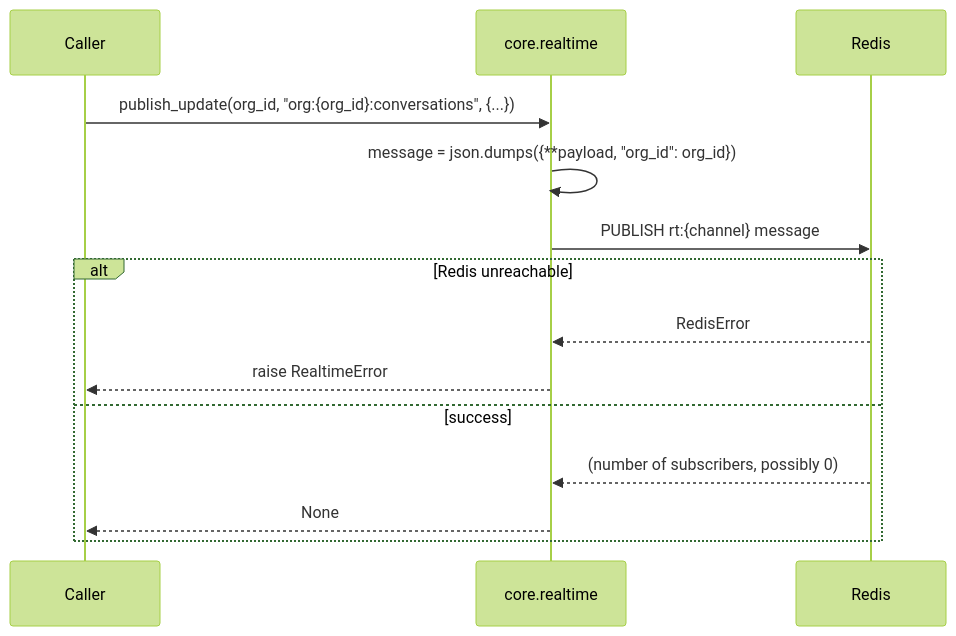
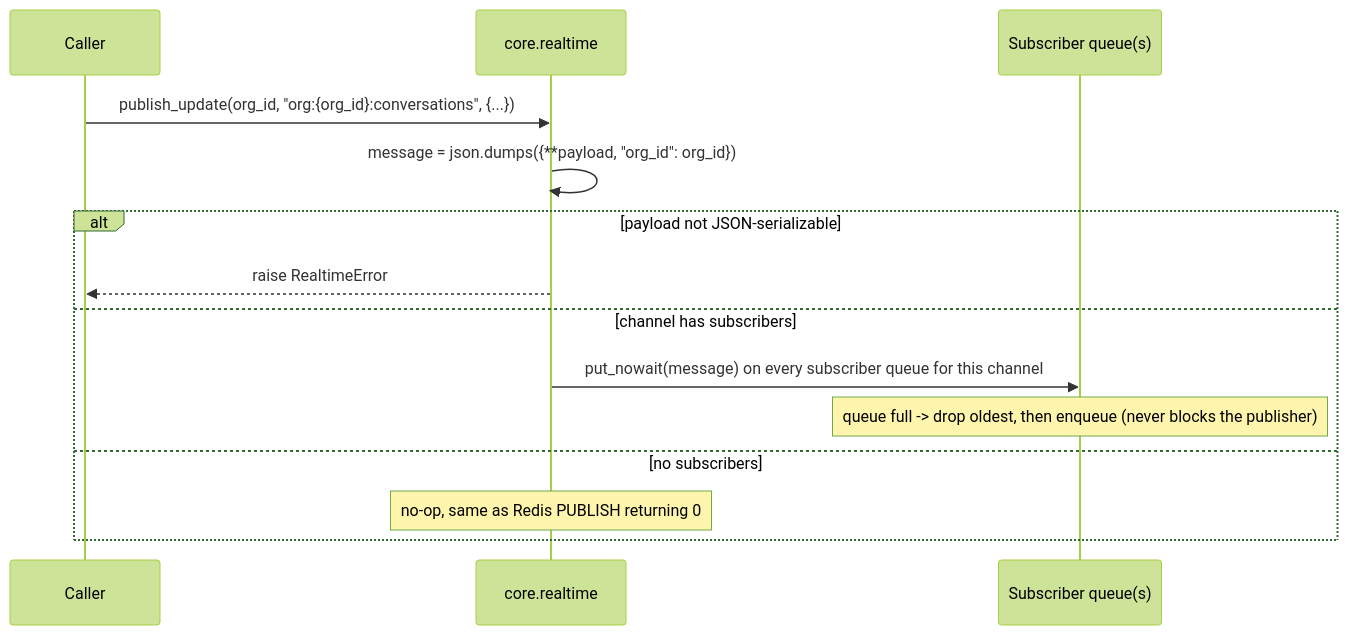
Before and after one commit to RafaelOjeda/A2Z-Core: the diagram in docs/core/realtime.md, drawn with Mermaid (forest theme). The commit also changed other lines of this file and 32 other files, not shown here.

````diff
--- a/docs/core/realtime.md
+++ b/docs/core/realtime.md
@@ -16,17 +25,17 @@
 ```mermaid
 sequenceDiagram
     participant Caller
     participant RT as core.realtime
-    participant Redis
+    participant Sub as Subscriber queue(s)
 
     Caller->>RT: publish_update(org_id, "org:{org_id}:conversations", {...})
     RT->>RT: message = json.dumps({**payload, "org_id": org_id})
-    RT->>Redis: PUBLISH rt:{channel} message
-    alt Redis unreachable
-        Redis-->>RT: RedisError
+    alt payload not JSON-serializable
         RT-->>Caller: raise RealtimeError
-    else success
-        Redis-->>RT: (number of subscribers, possibly 0)
-        RT-->>Caller: None
+    else channel has subscribers
+        RT->>Sub: put_nowait(message) on every subscriber queue for this channel
+        Note over Sub: queue full -> drop oldest, then enqueue (never blocks the publisher)
+    else no subscribers
+        Note over RT: no-op, same as Redis PUBLISH returning 0
     end
 ```
````
